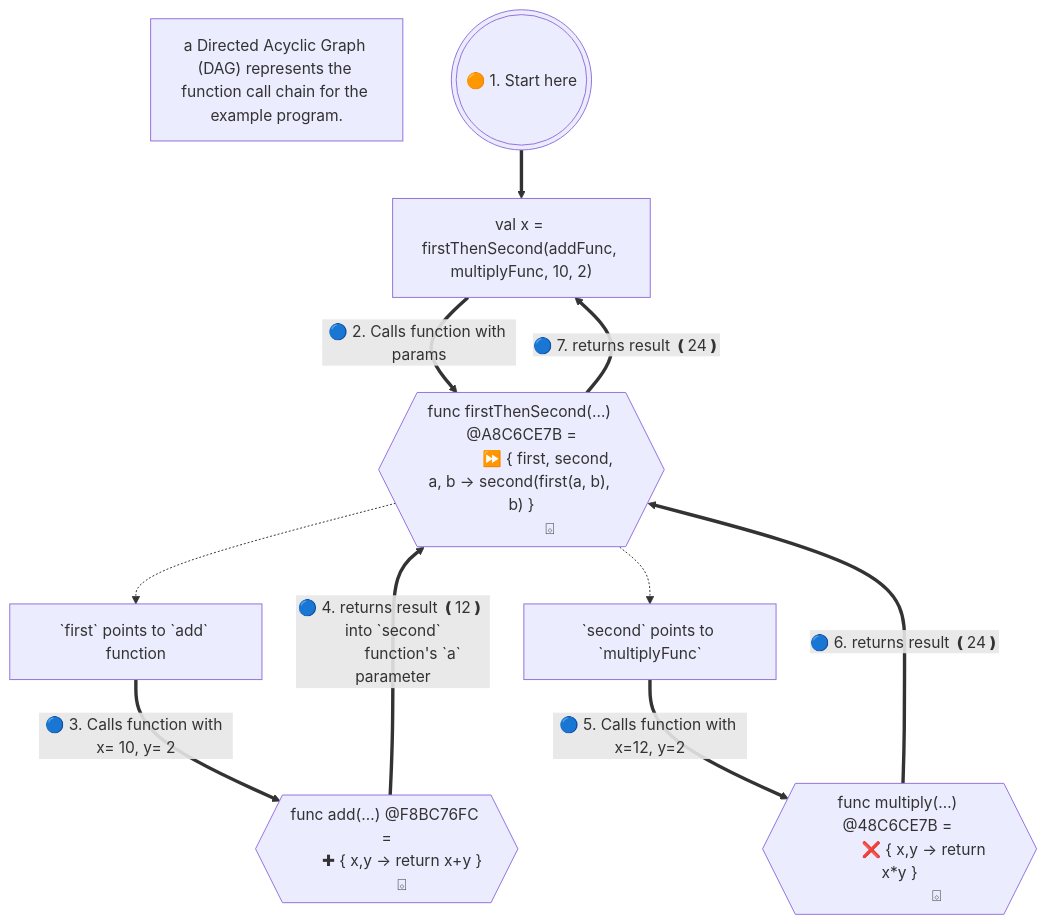
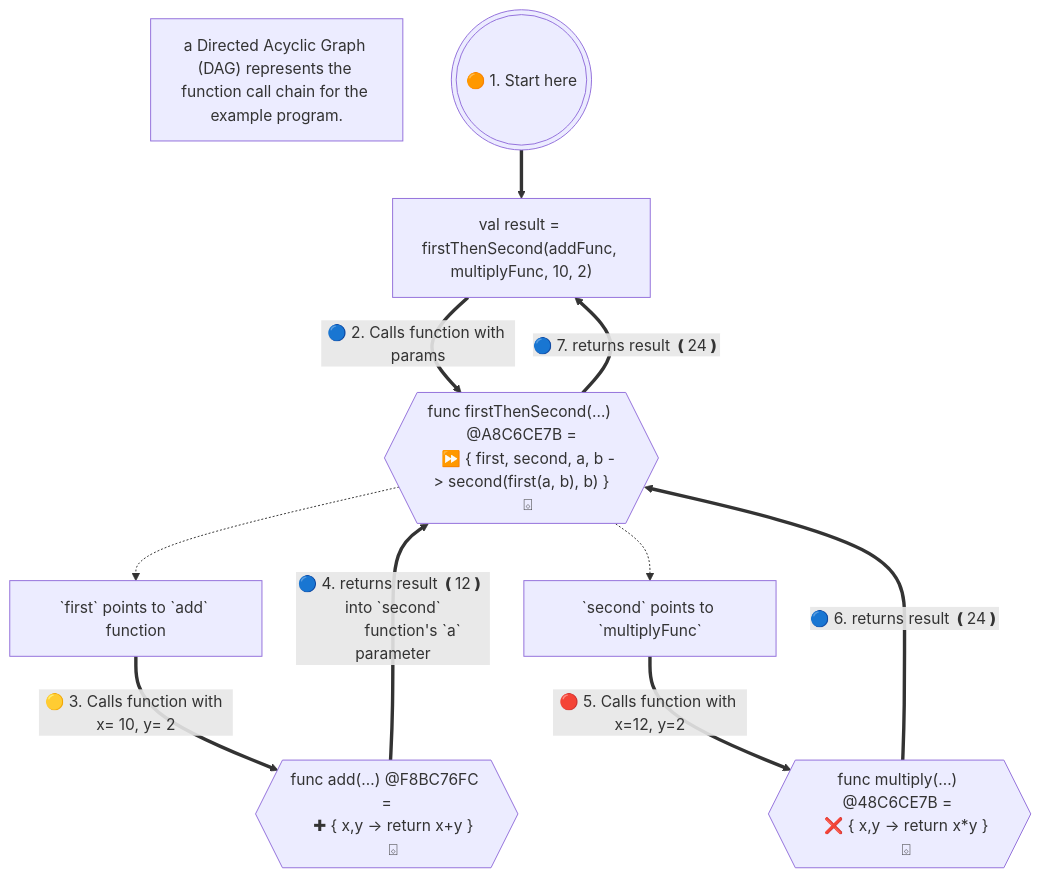
One commit to realityexpander/How_to_program_from_ground_up changed the first of 2 diagrams in 10-FunctionalProgramming.md. Above: the diagram before and after it, drawn with Mermaid. The commit also changed other lines of this file, not shown here.

Commit message:
improve graphs

````diff
--- a/10-FunctionalProgramming.md
+++ b/10-FunctionalProgramming.md
@@ -51,25 +85,28 @@
 ```mermaid
 flowchart TB
 
 note["`a Directed Acyclic Graph (DAG) represents the function call chain for the example program.`"]
 
 start((("🟠 1. Start here"))) ==> Z
 
-X[" `first` points to `add` function "] ==>|"🔵 3. Calls function with x= 10, y= 2"| addFn{{" func add(…) @F8BC76FC =
-       ✚ { x,y -> return x+y } 
-       ⌺"}}
-Y[" `second` points to `multiplyFunc`"] ==>|"🔵 5. Calls function with x=12, y=2"| multiplyFn{{" func multiply(…) @48C6CE7B = 
-            ❌ { x,y -> return x*y }
-                 ⌺"}}
-Z["val x = firstThenSecond(addFunc, multiplyFunc, 10, 2)"] ==>|"🔵 2. Calls function with params"| firstThenSecondFunc{{" func firstThenSecond(…) @A8C6CE7B =
-             ⏩ { first, second, a, b -> second(first(a, b), b) }
-             ⌺"}}
+X[" `first` points to `add` function "] ==>|"🟡 3. Calls function with x= 10, y= 2"| addFn{{" 
+   func add(…) @F8BC76FC =
+   ✚ { x,y -> return x+y } 
+   ⌺"}}
+Y[" `second` points to `multiplyFunc`"] ==>|"🔴 5. Calls function with x=12, y=2"| multiplyFn{{" 
+   func multiply(…) @48C6CE7B = 
+   ❌ { x,y -> return x*y }
+   ⌺"}}
+Z["val result = firstThenSecond(addFunc, multiplyFunc, 10, 2)"] ==>|"🔵 2. Calls function with params"| firstThenSecondFunc{{" 
+   func firstThenSecond(…) @A8C6CE7B =
+   ⏩ { first, second, a, b -> second(first(a, b), b) }
+   ⌺"}}
 
-firstThenSecondFunc -.-> X
-firstThenSecondFunc -.-> Y
 addFn ==>|"🔵 4. returns result ❪12❫ into `second`
           function's `a` parameter"| firstThenSecondFunc
 multiplyFn ==>|"🔵 6. returns result ❪24❫"| firstThenSecondFunc
 firstThenSecondFunc ==>|"🔵 7. returns result ❪24❫"| Z
+firstThenSecondFunc -.-> X
+firstThenSecondFunc -.-> Y
 
 ```
````
